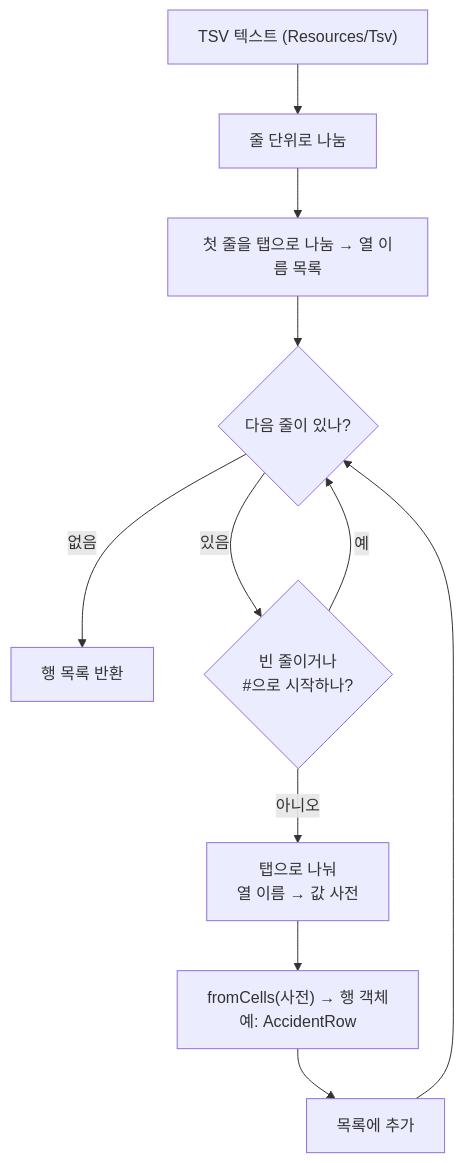
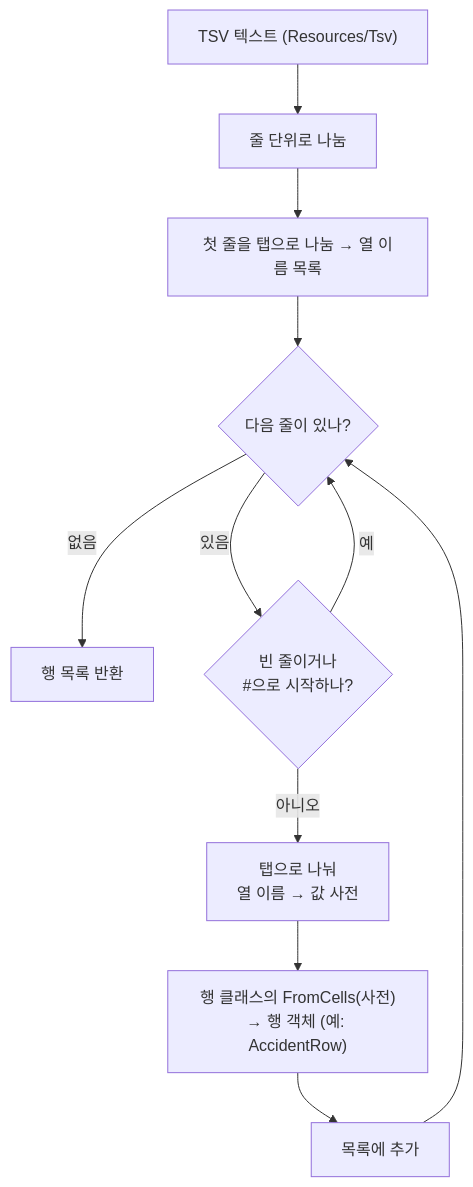
One commit to rlawlsdn77/portfolio changed the seventh of 8 diagrams in src/OverFixed/OverFixed_기술문서.md. Above: the diagram before and after it, drawn with Mermaid. The commit also changed other lines of this file and 2 other files, not shown here.

````diff
--- a/src/OverFixed/OverFixed_기술문서.md
+++ b/src/OverFixed/OverFixed_기술문서.md
@@ -474,12 +475,12 @@
 ```mermaid
 flowchart TD
     A["TSV 텍스트 (Resources/Tsv)"] --> B["줄 단위로 나눔"]
     B --> C["첫 줄을 탭으로 나눔 → 열 이름 목록"]
     C --> D{"다음 줄이 있나?"}
     D -- 없음 --> Z["행 목록 반환"]
     D -- 있음 --> E{"빈 줄이거나<br/>#으로 시작하나?"}
     E -- 예 --> D
     E -- 아니오 --> F["탭으로 나눠<br/>열 이름 → 값 사전"]
-    F --> G["fromCells(사전) → 행 객체<br/>예: AccidentRow"]
+    F --> G["행 클래스의 FromCells(사전)<br/>→ 행 객체 (예: AccidentRow)"]
     G --> H["목록에 추가"] --> D
 ```
````
